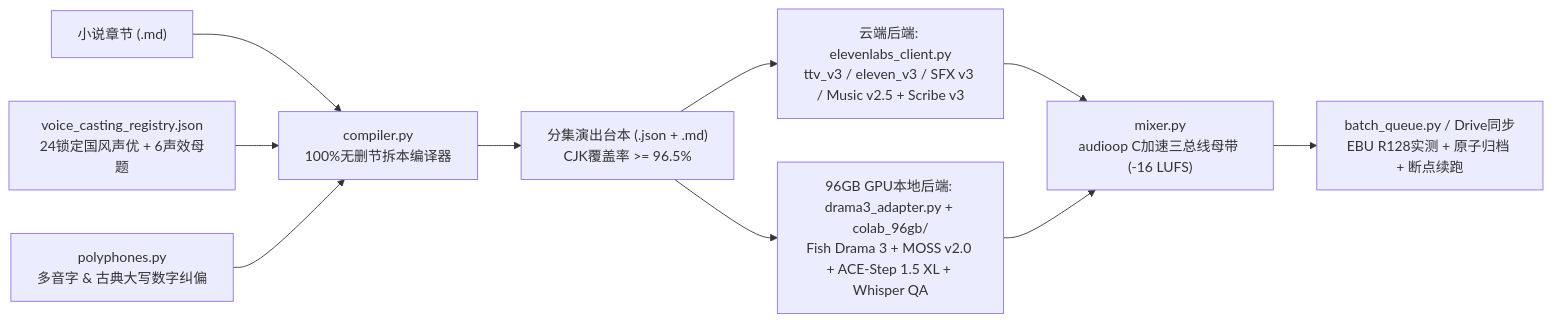
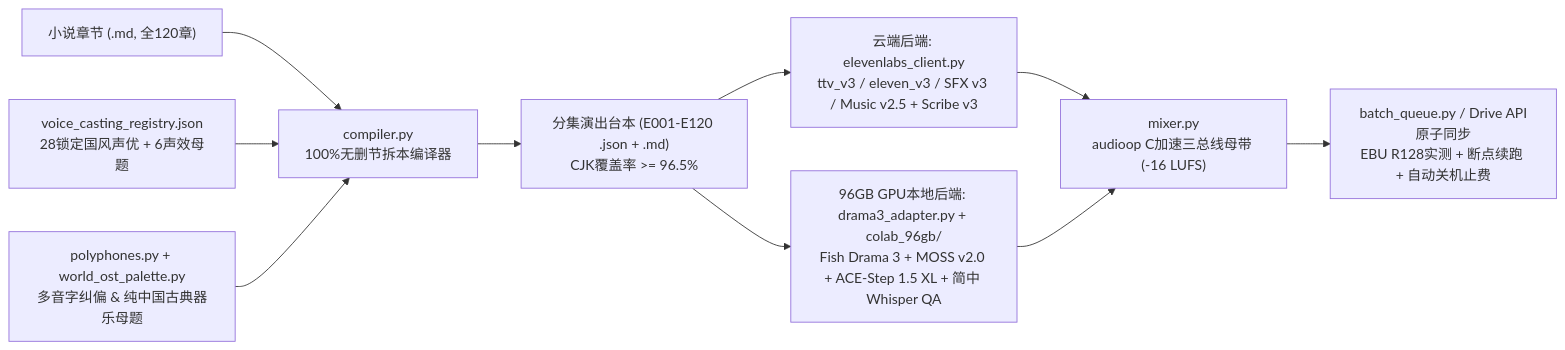
One commit to riversxiao/aigc-audio-pipeline changed the diagram in README.md. Above: the diagram before and after it, drawn with Mermaid. The commit also changed other lines of this file and 185 other files, not shown here.

````diff
--- a/README.md
+++ b/README.md
@@ -16,12 +16,12 @@
 ```mermaid
 flowchart LR
-    Nov["小说章节 (.md)"] --> Comp["compiler.py\n100%无删节拆本编译器"]
-    Reg["voice_casting_registry.json\n24锁定国风声优 + 6声效母题"] --> Comp
-    Poly["polyphones.py\n多音字 & 古典大写数字纠偏"] --> Comp
-    Comp --> Cue["分集演出台本 (.json + .md)\nCJK覆盖率 >= 96.5%"]
+    Nov["小说章节 (.md, 全120章)"] --> Comp["compiler.py\n100%无删节拆本编译器"]
+    Reg["voice_casting_registry.json\n28锁定国风声优 + 6声效母题"] --> Comp
+    Poly["polyphones.py + world_ost_palette.py\n多音字纠偏 & 纯中国古典器乐母题"] --> Comp
+    Comp --> Cue["分集演出台本 (E001-E120 .json + .md)\nCJK覆盖率 >= 96.5%"]
     Cue --> Cloud["云端后端: elevenlabs_client.py\nttv_v3 / eleven_v3 / SFX v3 / Music v2.5 + Scribe v3"]
-    Cue --> Local["96GB GPU本地后端: drama3_adapter.py + colab_96gb/\nFish Drama 3 + MOSS v2.0 + ACE-Step 1.5 XL + Whisper QA"]
+    Cue --> Local["96GB GPU本地后端: drama3_adapter.py + colab_96gb/\nFish Drama 3 + MOSS v2.0 + ACE-Step 1.5 XL + 简中 Whisper QA"]
     Cloud --> Mix["mixer.py\naudioop C加速三总线母带 (-16 LUFS)"]
     Local --> Mix
-    Mix --> Queue["batch_queue.py / Drive同步\nEBU R128实测 + 原子归档 + 断点续跑"]
+    Mix --> Queue["batch_queue.py / Drive API原子同步\nEBU R128实测 + 断点续跑 + 自动关机止费"]
 ```
````
